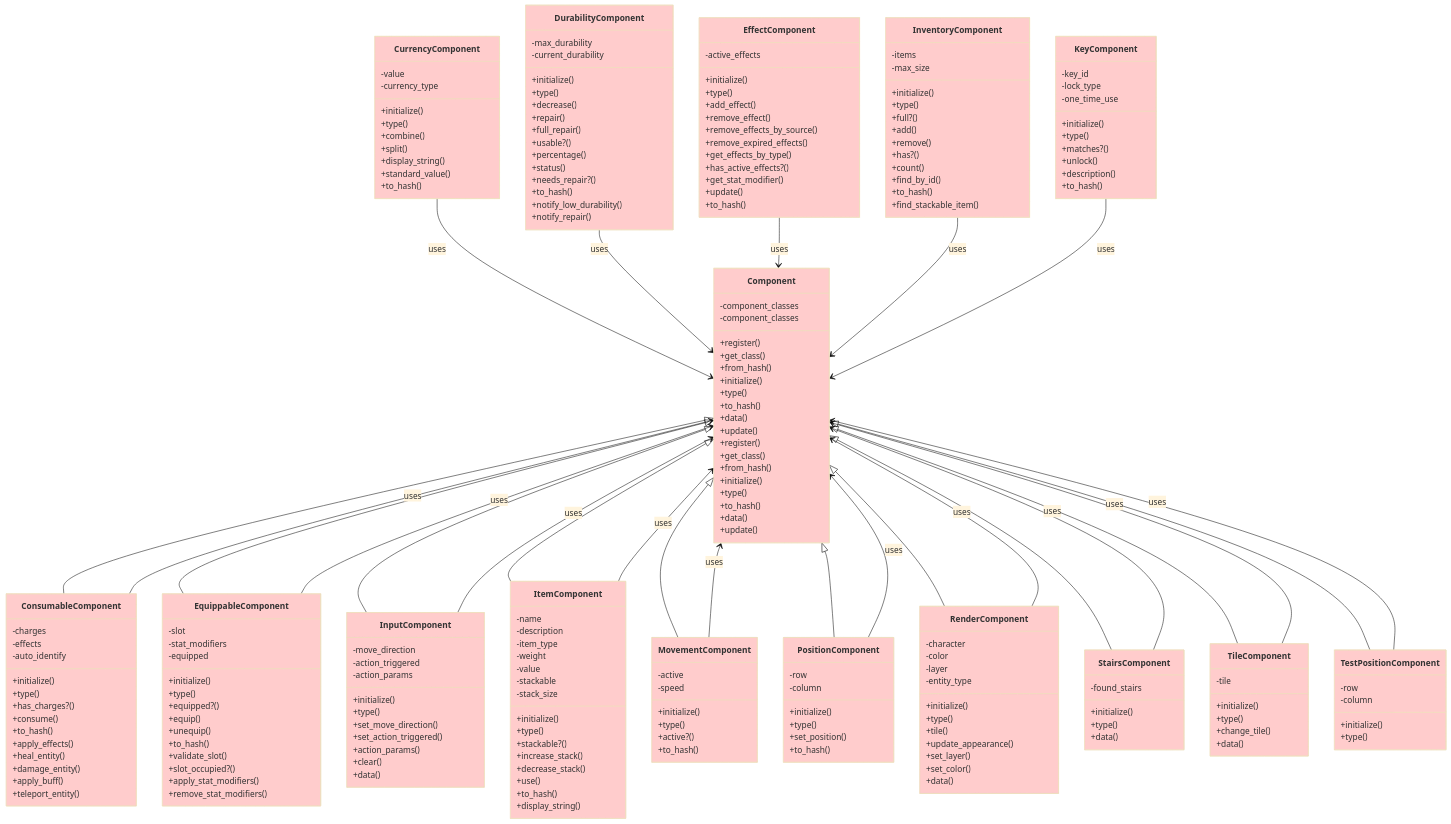
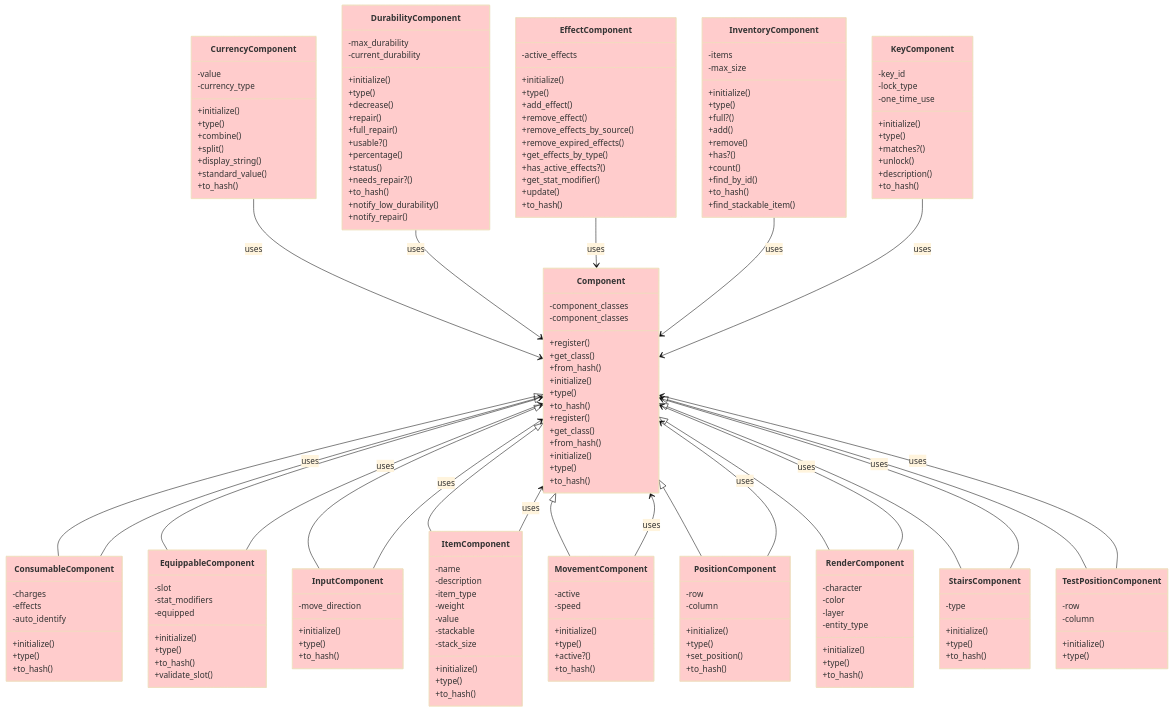
The diagram in documents/diagrams/components.mmd (Davidslv/vanilla-roguelike), drawn with Mermaid (base theme) before and after one commit. The commit also changed 3 other files, not shown here.

Commit message:
Update diagrams

```diff
--- a/documents/diagrams/components.mmd
+++ b/documents/diagrams/components.mmd
@@ -8,8 +8,6 @@
       +initialize()
       +type()
       +to_hash()
-      +data()
-      +update()
     }
   end
   subgraph Components
@@ -21,8 +19,6 @@
       +initialize()
       +type()
       +to_hash()
-      +data()
-      +update()
     }
     style Component fill:#ffcccc
     class ConsumableComponent {
@@ -31,14 +27,7 @@
       -auto_identify
       +initialize()
       +type()
-      +has_charges?()
-      +consume()
       +to_hash()
-      +apply_effects()
-      +heal_entity()
-      +damage_entity()
-      +apply_buff()
-      +teleport_entity()
     }
     Component <|-- ConsumableComponent
     style ConsumableComponent fill:#ffcccc
@@ -92,28 +81,16 @@
       -equipped
       +initialize()
       +type()
-      +equipped?()
-      +equip()
-      +unequip()
       +to_hash()
       +validate_slot()
-      +slot_occupied?()
-      +apply_stat_modifiers()
-      +remove_stat_modifiers()
     }
     Component <|-- EquippableComponent
     style EquippableComponent fill:#ffcccc
     class InputComponent {
       -move_direction
-      -action_triggered
-      -action_params
       +initialize()
       +type()
-      +set_move_direction()
-      +set_action_triggered()
-      +action_params()
-      +clear()
-      +data()
+      +to_hash()
     }
     Component <|-- InputComponent
     style InputComponent fill:#ffcccc
@@ -142,12 +119,7 @@
       -stack_size
       +initialize()
       +type()
-      +stackable?()
-      +increase_stack()
-      +decrease_stack()
-      +use()
       +to_hash()
-      +display_string()
     }
     Component <|-- ItemComponent
     style ItemComponent fill:#ffcccc
@@ -190,31 +162,18 @@
       -entity_type
       +initialize()
       +type()
-      +tile()
-      +update_appearance()
-      +set_layer()
-      +set_color()
-      +data()
+      +to_hash()
     }
     Component <|-- RenderComponent
     style RenderComponent fill:#ffcccc
     class StairsComponent {
-      -found_stairs
+      -type
       +initialize()
       +type()
-      +data()
+      +to_hash()
     }
     Component <|-- StairsComponent
     style StairsComponent fill:#ffcccc
-    class TileComponent {
-      -tile
-      +initialize()
-      +type()
-      +change_tile()
-      +data()
-    }
-    Component <|-- TileComponent
-    style TileComponent fill:#ffcccc
     class TestPositionComponent {
       -row
       -column
@@ -238,5 +197,4 @@
   PositionComponent --> Component : uses
   RenderComponent --> Component : uses
   StairsComponent --> Component : uses
-  TileComponent --> Component : uses
   TestPositionComponent --> Component : uses
```
